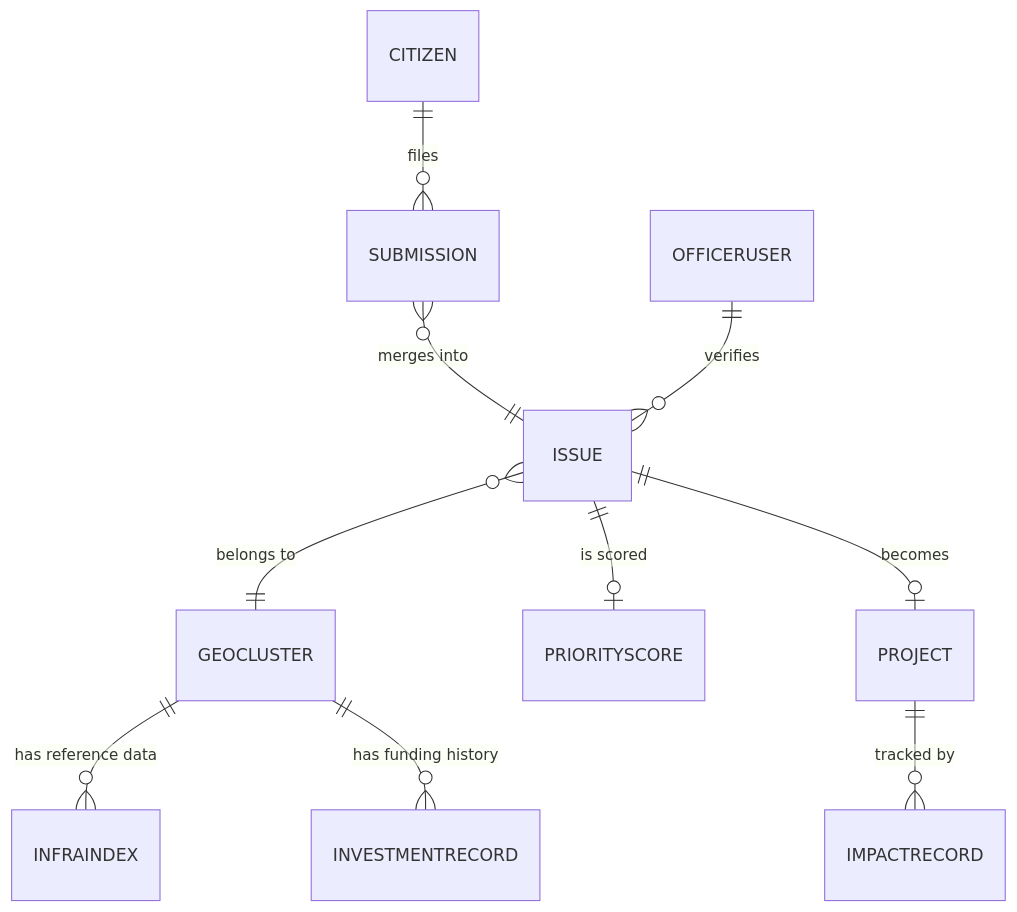
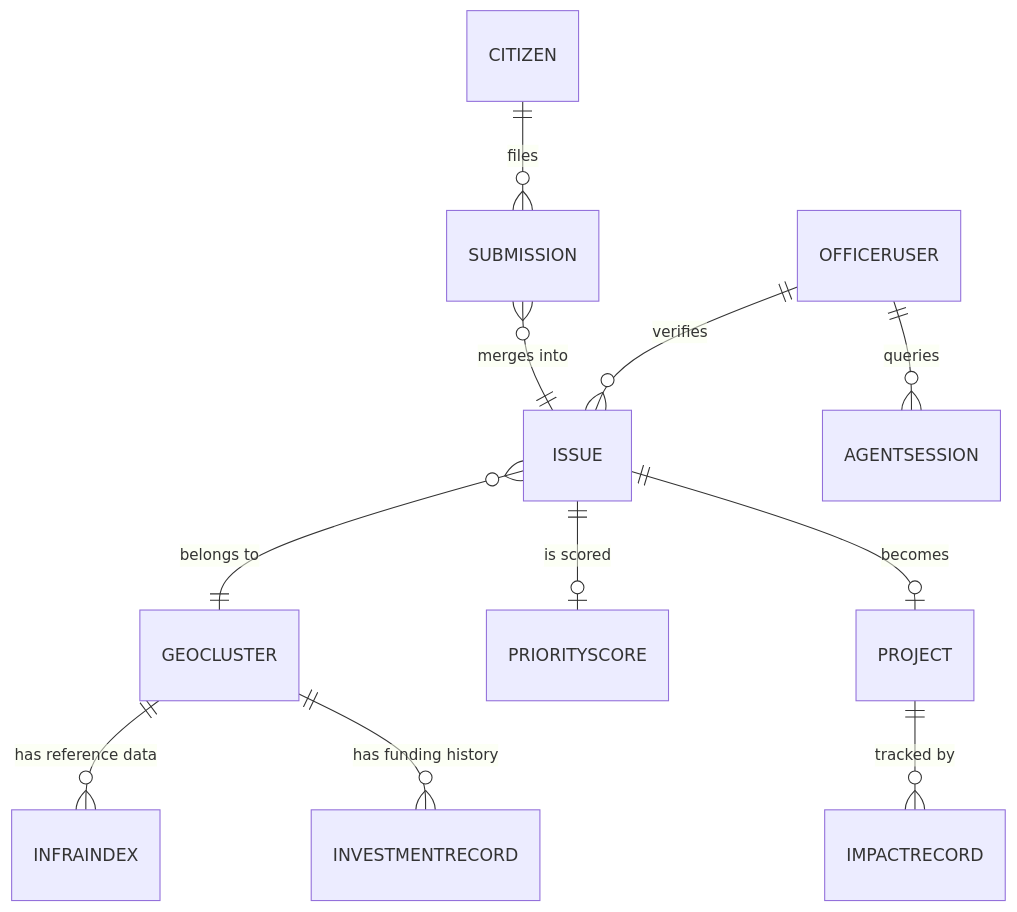
The diagram in docs/DATA_MODEL.md (Monolithic-Dev/Pramaan), drawn with Mermaid before and after one commit. The commit also changed other lines of this file and 5 other files, not shown here.

````diff
--- a/docs/DATA_MODEL.md
+++ b/docs/DATA_MODEL.md
@@ -5,12 +5,13 @@
 ```mermaid
 erDiagram
   CITIZEN ||--o{ SUBMISSION : files
   SUBMISSION }o--|| ISSUE : "merges into"
   ISSUE }o--|| GEOCLUSTER : "belongs to"
   GEOCLUSTER ||--o{ INFRAINDEX : "has reference data"
   GEOCLUSTER ||--o{ INVESTMENTRECORD : "has funding history"
   ISSUE ||--o| PRIORITYSCORE : "is scored"
   ISSUE ||--o| PROJECT : "becomes"
   PROJECT ||--o{ IMPACTRECORD : "tracked by"
   OFFICERUSER ||--o{ ISSUE : verifies
+  OFFICERUSER ||--o{ AGENTSESSION : "queries"
 ```
````
